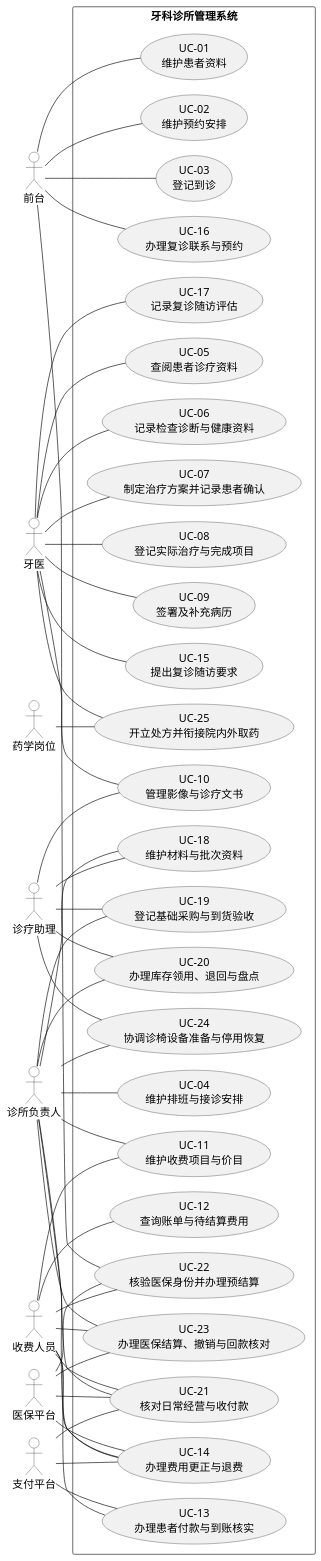
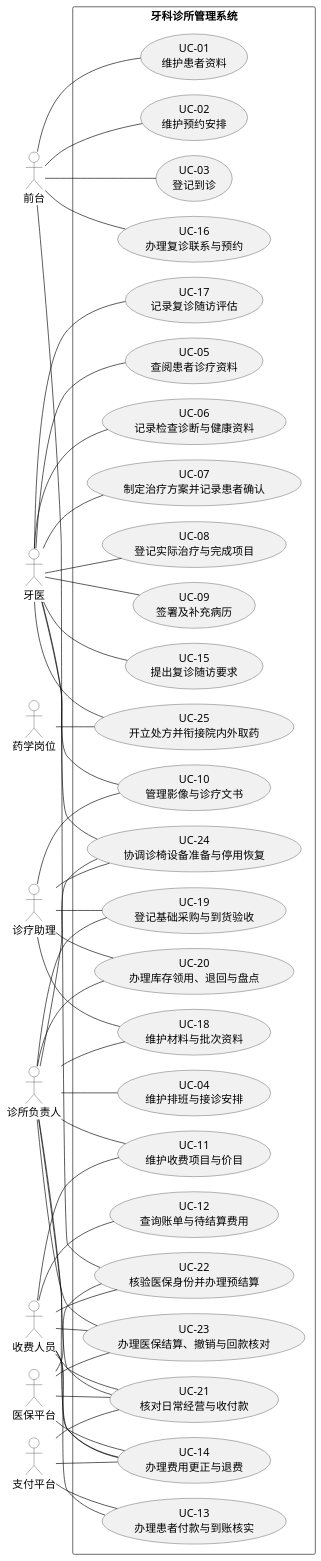
One commit to Shawmc-creator/systemAnalyseAndDesign changed the diagram in 01-需求文档/diagrams/integrated-20261019/system-overall.puml. Above: the diagram before and after it, drawn with PlantUML. The commit also changed 693 other files, not shown here.

```diff
--- a/01-需求文档/diagrams/integrated-20261019/system-overall.puml
+++ b/01-需求文档/diagrams/integrated-20261019/system-overall.puml
@@ -1,97 +1,98 @@
 @startuml
 skinparam backgroundColor white
 skinparam shadowing false
 skinparam defaultFontName SimSun
 skinparam defaultFontSize 17
 skinparam ArrowColor black
 skinparam ClassBackgroundColor white
 skinparam ActorBackgroundColor white
 skinparam BoundaryBackgroundColor white
 skinparam ControlBackgroundColor white
 skinparam EntityBackgroundColor white
 skinparam NoteBackgroundColor white
 skinparam NoteBorderColor black
 skinparam classAttributeIconSize 0
 skinparam nodesep 24
 skinparam ranksep 34
 left to right direction
 actor "前台" as A0
 actor "牙医" as A1
 actor "诊疗助理" as A2
 actor "收费人员" as A3
 actor "诊所负责人" as A4
 actor "药学岗位" as A5
 actor "支付平台" as A6
 actor "医保平台" as A7
 rectangle "牙科诊所管理系统" {
 usecase "UC-01\n维护患者资料" as U1
 usecase "UC-02\n维护预约安排" as U2
 usecase "UC-03\n登记到诊" as U3
 usecase "UC-04\n维护排班与接诊安排" as U4
 usecase "UC-05\n查阅患者诊疗资料" as U5
 usecase "UC-06\n记录检查诊断与健康资料" as U6
 usecase "UC-07\n制定治疗方案并记录患者确认" as U7
 usecase "UC-08\n登记实际治疗与完成项目" as U8
 usecase "UC-09\n签署及补充病历" as U9
 usecase "UC-10\n管理影像与诊疗文书" as U10
 usecase "UC-11\n维护收费项目与价目" as U11
 usecase "UC-12\n查询账单与待结算费用" as U12
 usecase "UC-13\n办理患者付款与到账核实" as U13
 usecase "UC-14\n办理费用更正与退费" as U14
 usecase "UC-15\n提出复诊随访要求" as U15
 usecase "UC-16\n办理复诊联系与预约" as U16
 usecase "UC-17\n记录复诊随访评估" as U17
 usecase "UC-18\n维护材料与批次资料" as U18
 usecase "UC-19\n登记基础采购与到货验收" as U19
 usecase "UC-20\n办理库存领用、退回与盘点" as U20
 usecase "UC-21\n核对日常经营与收付款" as U21
 usecase "UC-22\n核验医保身份并办理预结算" as U22
 usecase "UC-23\n办理医保结算、撤销与回款核对" as U23
 usecase "UC-24\n协调诊椅设备准备与停用恢复" as U24
 usecase "UC-25\n开立处方并衔接院内外取药" as U25
 }
 A0 -- U1
 A0 -- U2
 A0 -- U3
 A0 -- U16
 A0 -- U22
 A1 -- U5
 A1 -- U6
 A1 -- U7
 A1 -- U8
 A1 -- U9
 A1 -- U10
 A1 -- U15
 A1 -- U17
+A1 -- U24
 A1 -- U25
 A2 -- U10
 A2 -- U18
 A2 -- U19
 A2 -- U20
 A2 -- U24
 A3 -- U11
 A3 -- U12
 A3 -- U13
 A3 -- U14
 A3 -- U21
 A3 -- U22
 A3 -- U23
 A4 -- U4
 A4 -- U11
 A4 -- U14
 A4 -- U18
 A4 -- U19
 A4 -- U20
 A4 -- U21
 A4 -- U23
 A4 -- U24
 A5 -- U25
 A6 -- U13
 A6 -- U14
 A6 -- U21
 A7 -- U14
 A7 -- U21
 A7 -- U22
 A7 -- U23
 
 @enduml
```
